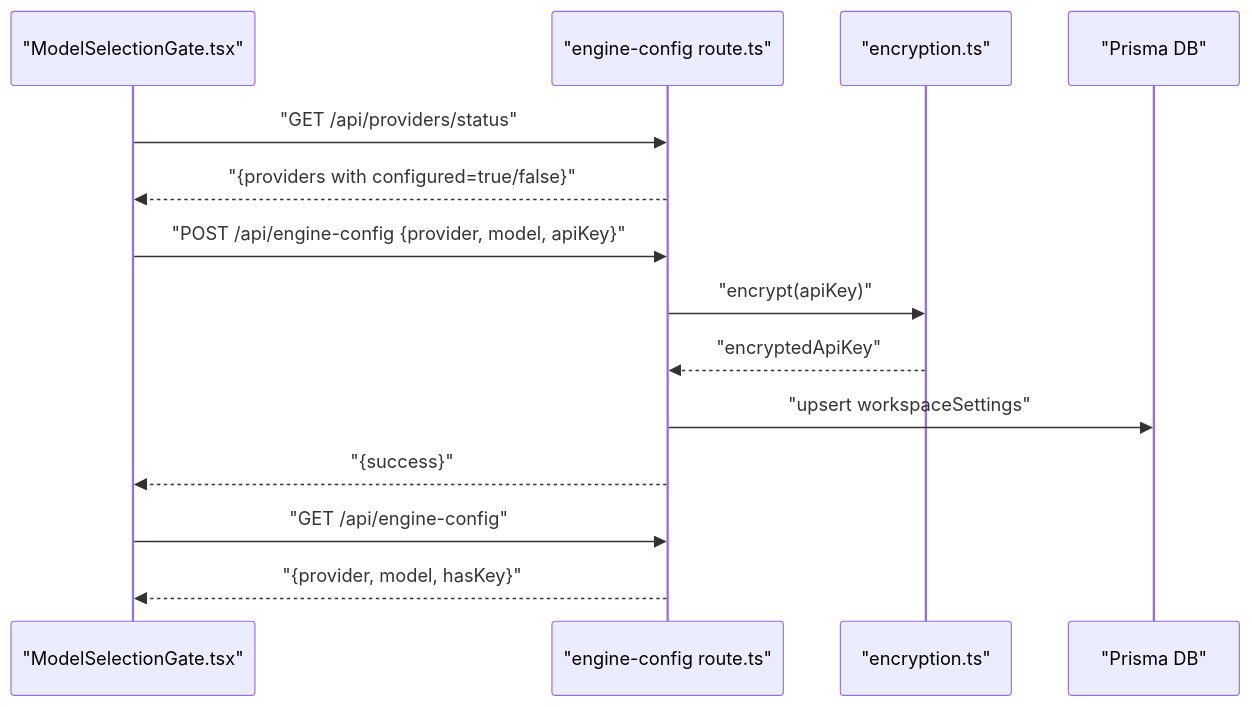
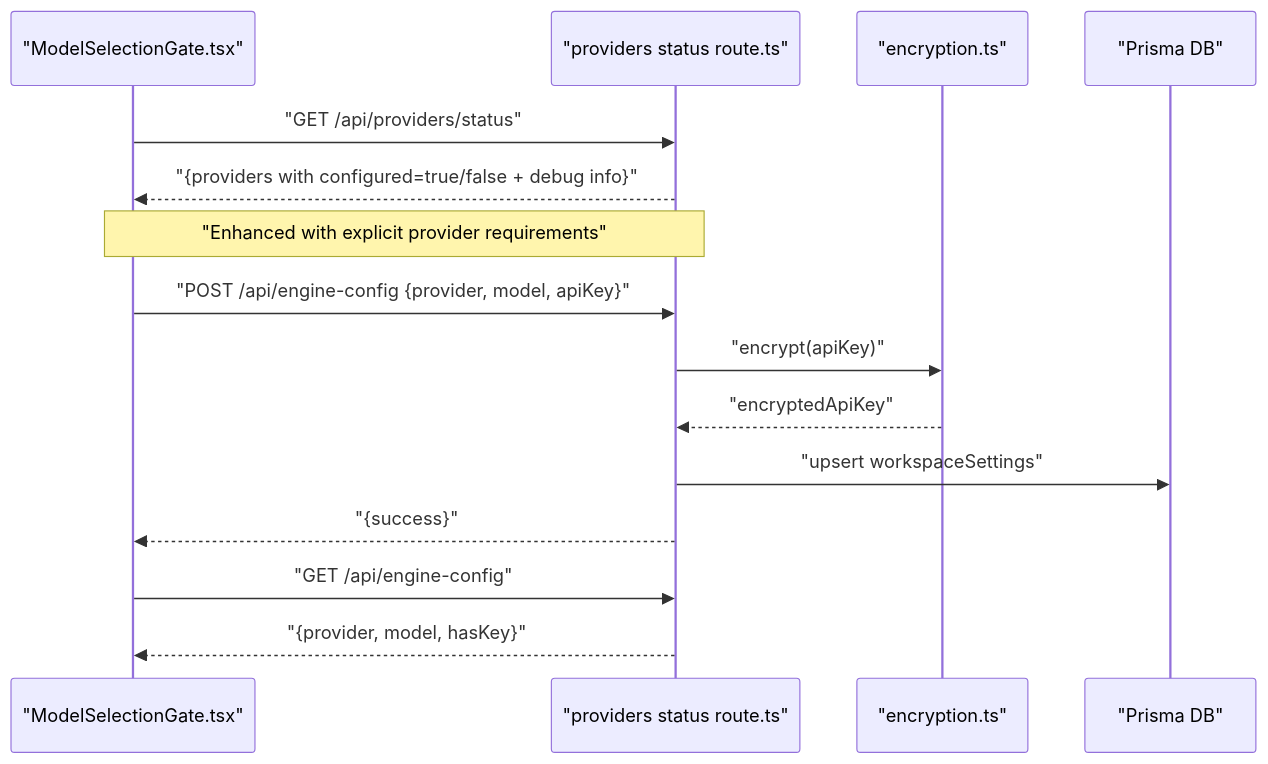
The ninth of 11 diagrams in .qoder/repowiki/en/content/AI Generation Engine/AI Provider Adapters/Configuration & Authentication Management.md (shekhargiri005-dotcom/AI-powered-accessibility-first-UI-engine), drawn with Mermaid before and after one commit. The commit also changed other lines of this file and 20 other files, not shown here.

````diff
--- a/.qoder/repowiki/en/content/AI Generation Engine/AI Provider Adapters/Configuration & Authentication Management.md
+++ b/.qoder/repowiki/en/content/AI Generation Engine/AI Provider Adapters/Configuration & Authentication Management.md
@@ -267,16 +379,17 @@
 ```mermaid
 sequenceDiagram
 participant UI as "ModelSelectionGate.tsx"
-participant API as "engine-config route.ts"
+participant API as "providers status route.ts"
 participant ENC as "encryption.ts"
 participant DB as "Prisma DB"
 UI->>API : "GET /api/providers/status"
-API-->>UI : "{providers with configured=true/false}"
+API-->>UI : "{providers with configured=true/false + debug info}"
+Note over UI,API : "Enhanced with explicit provider requirements"
 UI->>API : "POST /api/engine-config {provider, model, apiKey}"
 API->>ENC : "encrypt(apiKey)"
 ENC-->>API : "encryptedApiKey"
 API->>DB : "upsert workspaceSettings"
 API-->>UI : "{success}"
 UI->>API : "GET /api/engine-config"
 API-->>UI : "{provider, model, hasKey}"
 ```
````
